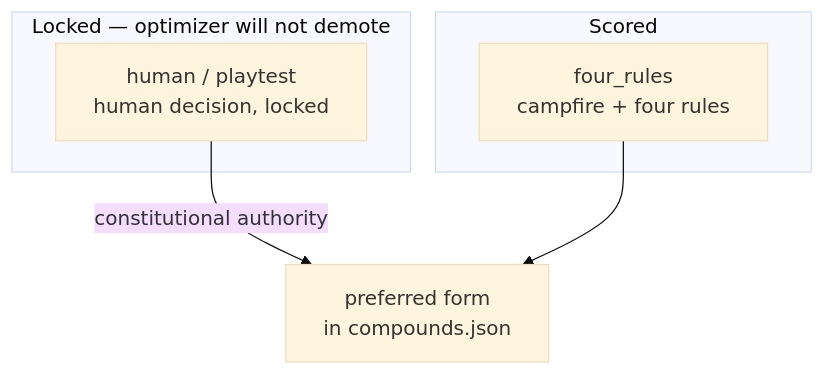
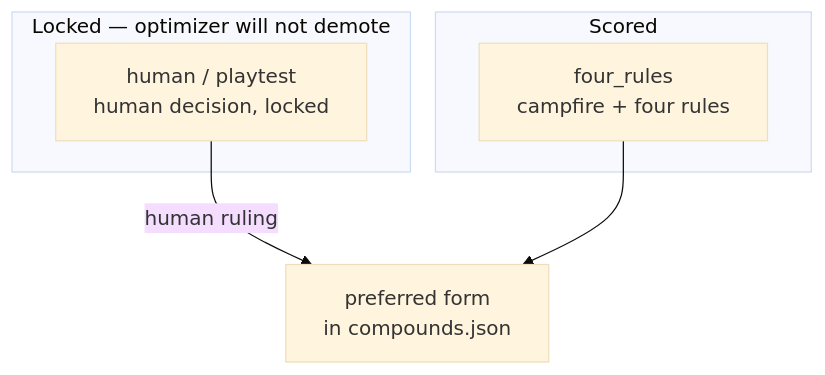
Before and after one commit to Fonora/fonora: the third of 3 diagrams in docs/fonoran-compound-workflow.md, drawn with Mermaid (base theme). The commit also changed other lines of this file and 32 other files, not shown here.

````diff
--- a/docs/fonoran-compound-workflow.md
+++ b/docs/fonoran-compound-workflow.md
@@ -254,11 +254,11 @@
 ```mermaid
 flowchart TB
   subgraph locked [Locked — optimizer will not demote]
     Playtest["human / playtest\nhuman decision, locked"]
   end
   subgraph scored [Scored]
     Rules["four_rules\ncampfire + four rules"]
   end
-  Playtest -->|"constitutional authority"| Preferred["preferred form\nin compounds.json"]
+  Playtest -->|"human ruling"| Preferred["preferred form\nin compounds.json"]
   Rules --> Preferred
 ```
````
